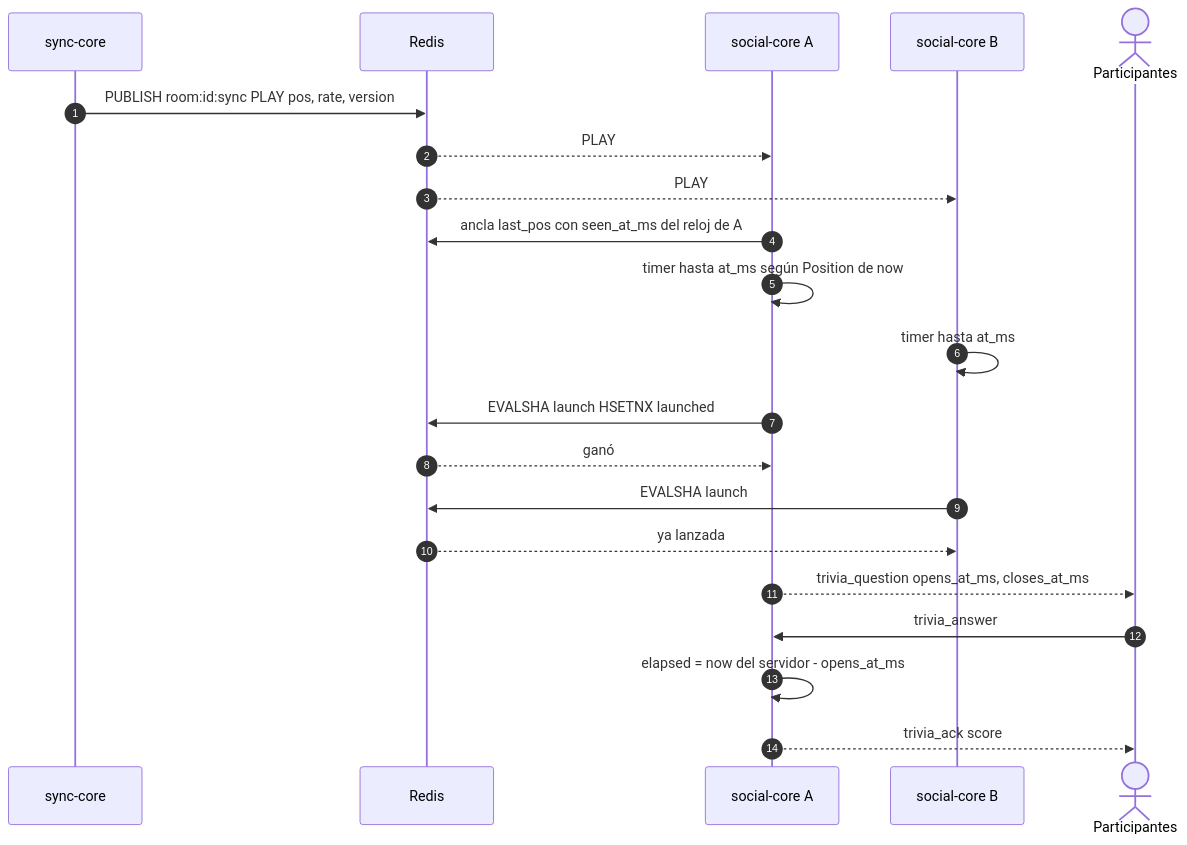
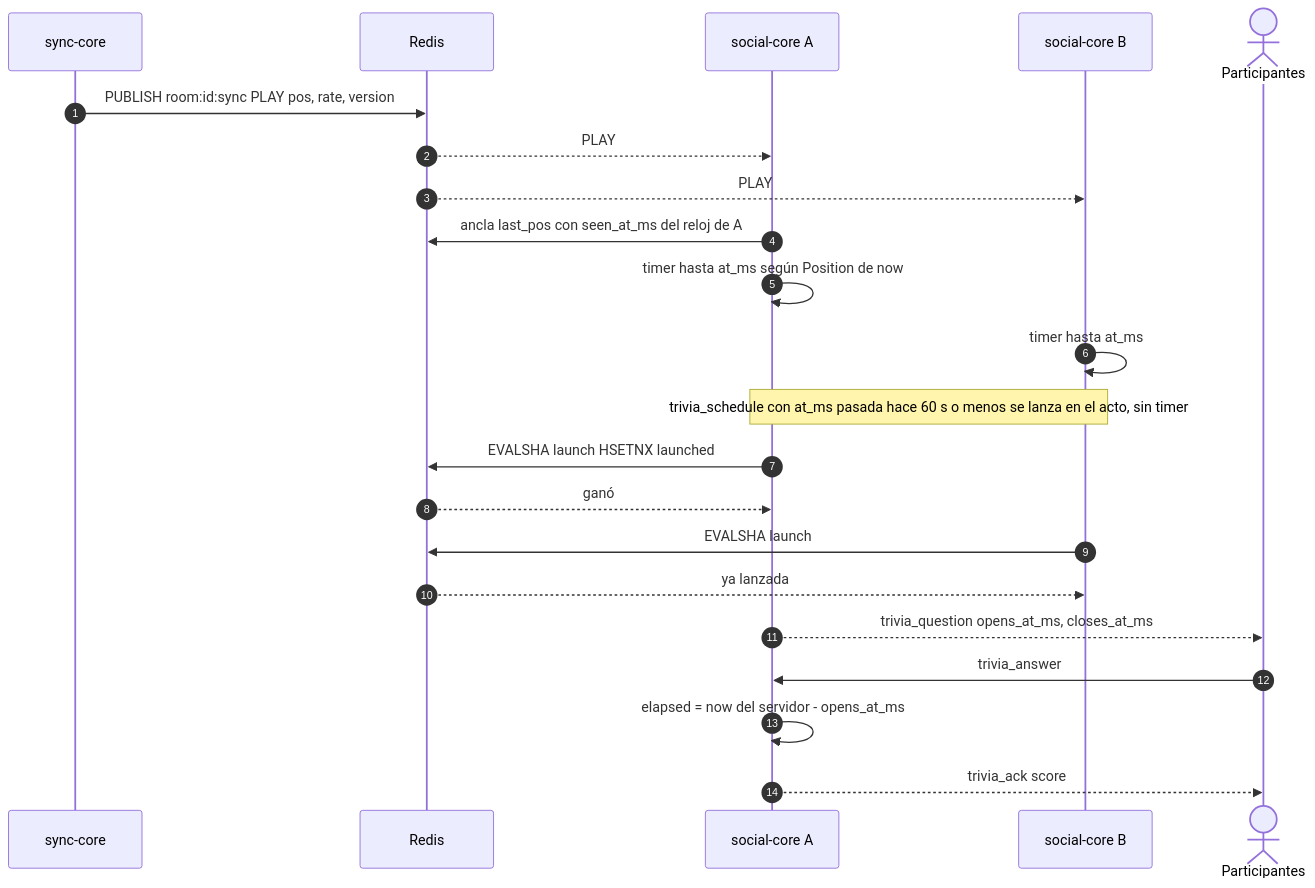
The diagram in docs/adr/0012-trivia-con-reloj-del-servidor-y-ancla-del-recap.md (TINTOrganization/TINT), drawn with Mermaid before and after one commit. The commit also changed other lines of this file and 9 other files, not shown here.

````diff
--- a/docs/adr/0012-trivia-con-reloj-del-servidor-y-ancla-del-recap.md
+++ b/docs/adr/0012-trivia-con-reloj-del-servidor-y-ancla-del-recap.md
@@ -21,24 +21,25 @@
 ```mermaid
 sequenceDiagram
     autonumber
     participant SC as sync-core
     participant R as Redis
     participant A as social-core A
     participant B as social-core B
     actor P as Participantes
 
     SC->>R: PUBLISH room:id:sync PLAY pos, rate, version
     R-->>A: PLAY
     R-->>B: PLAY
     A->>R: ancla last_pos con seen_at_ms del reloj de A
     A->>A: timer hasta at_ms según Position de now
     B->>B: timer hasta at_ms
+    Note over A,B: trivia_schedule con at_ms pasada hace 60 s o menos se lanza en el acto, sin timer
     A->>R: EVALSHA launch HSETNX launched
     R-->>A: ganó
     B->>R: EVALSHA launch
     R-->>B: ya lanzada
     A-->>P: trivia_question opens_at_ms, closes_at_ms
     P->>A: trivia_answer
     A->>A: elapsed = now del servidor - opens_at_ms
     A-->>P: trivia_ack score
 ```
````
